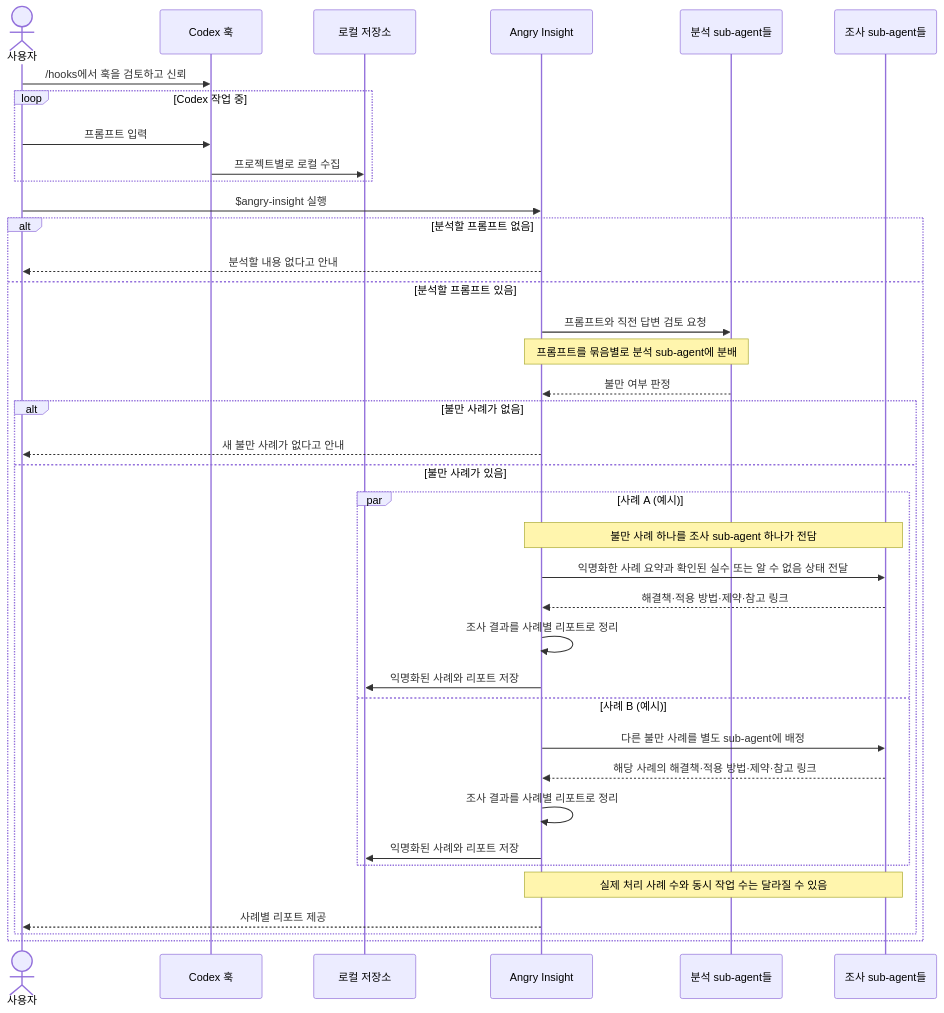
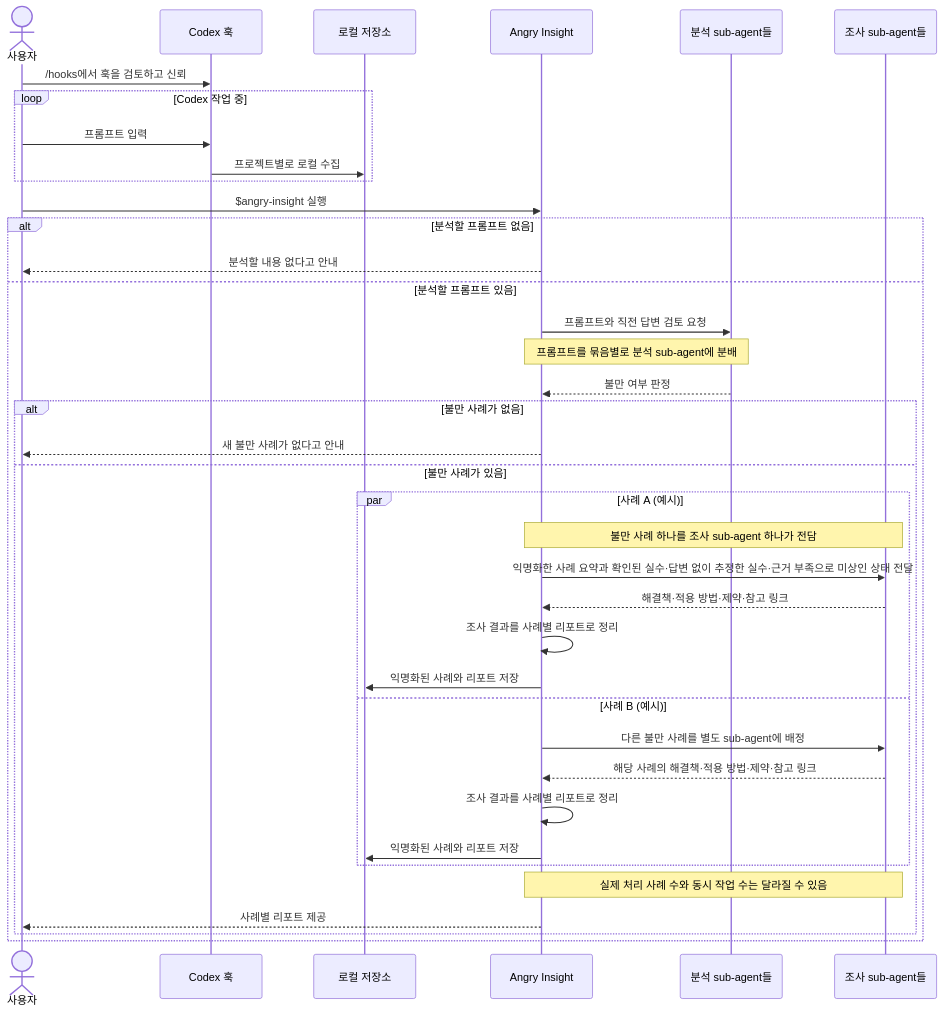
One commit to nayounsang/younsang-codex-plugin changed the diagram in docs/angry-insight.md. Above: the diagram before and after it, drawn with Mermaid. The commit also changed other lines of this file and 2 other files, not shown here.

Commit message:
fix(angry-insight): label missing-response inferences

````diff
--- a/docs/angry-insight.md
+++ b/docs/angry-insight.md
@@ -74,41 +74,41 @@
 ```mermaid
 sequenceDiagram
     actor User as 사용자
     participant Hook as Codex 훅
     participant Local as 로컬 저장소
     participant Skill as Angry Insight
     participant Analysts as 분석 sub-agent들
     participant Researchers as 조사 sub-agent들
 
     User->>Hook: /hooks에서 훅을 검토하고 신뢰
     loop Codex 작업 중
         User->>Hook: 프롬프트 입력
         Hook->>Local: 프로젝트별로 로컬 수집
     end
     User->>Skill: $angry-insight 실행
     alt 분석할 프롬프트 없음
         Skill-->>User: 분석할 내용 없다고 안내
     else 분석할 프롬프트 있음
         Skill->>Analysts: 프롬프트와 직전 답변 검토 요청
         Note over Skill,Analysts: 프롬프트를 묶음별로 분석 sub-agent에 분배
         Analysts-->>Skill: 불만 여부 판정
         alt 불만 사례가 없음
             Skill-->>User: 새 불만 사례가 없다고 안내
         else 불만 사례가 있음
             par 사례 A (예시)
                 Note over Skill,Researchers: 불만 사례 하나를 조사 sub-agent 하나가 전담
-                Skill->>Researchers: 익명화한 사례 요약과 확인된 실수 또는 알 수 없음 상태 전달
+                Skill->>Researchers: 익명화한 사례 요약과 확인된 실수·답변 없이 추정한 실수·근거 부족으로 미상인 상태 전달
                 Researchers-->>Skill: 해결책·적용 방법·제약·참고 링크
                 Skill->>Skill: 조사 결과를 사례별 리포트로 정리
                 Skill->>Local: 익명화된 사례와 리포트 저장
             and 사례 B (예시)
                 Skill->>Researchers: 다른 불만 사례를 별도 sub-agent에 배정
                 Researchers-->>Skill: 해당 사례의 해결책·적용 방법·제약·참고 링크
                 Skill->>Skill: 조사 결과를 사례별 리포트로 정리
                 Skill->>Local: 익명화된 사례와 리포트 저장
             end
             Note over Skill,Researchers: 실제 처리 사례 수와 동시 작업 수는 달라질 수 있음
             Skill-->>User: 사례별 리포트 제공
         end
     end
 ```
````
